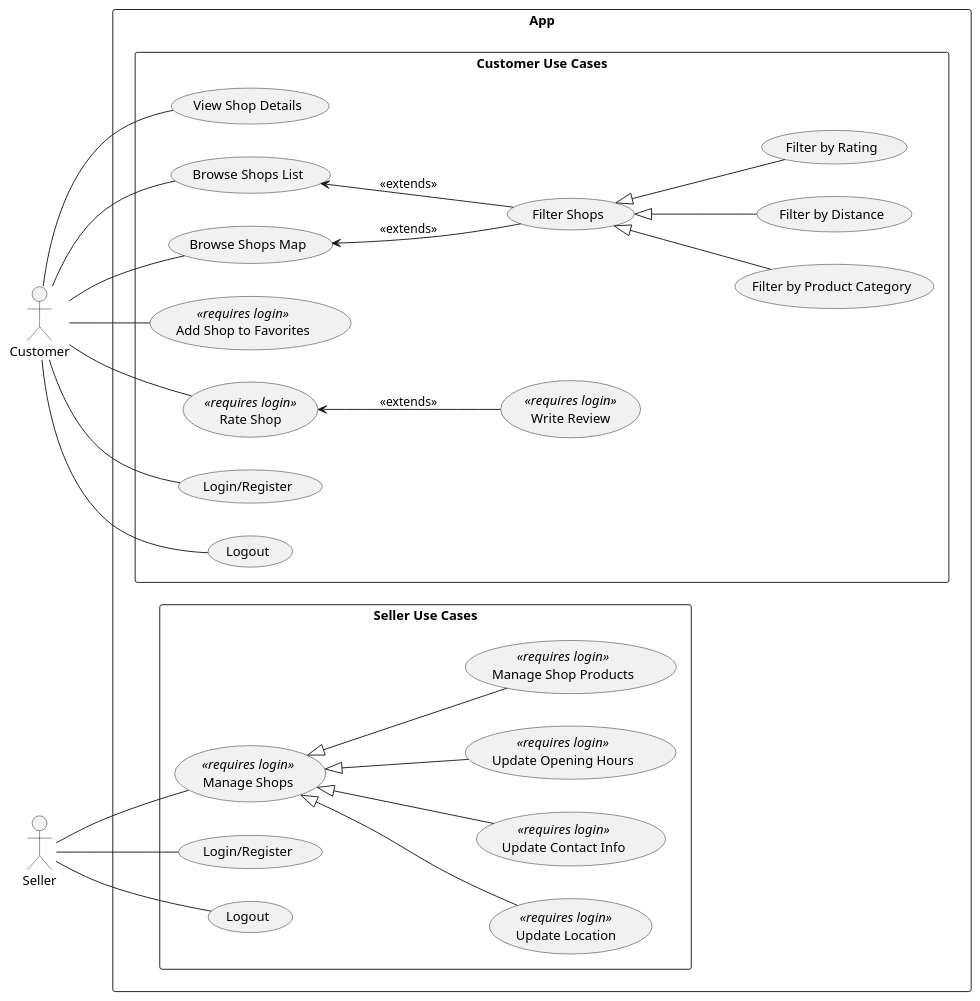
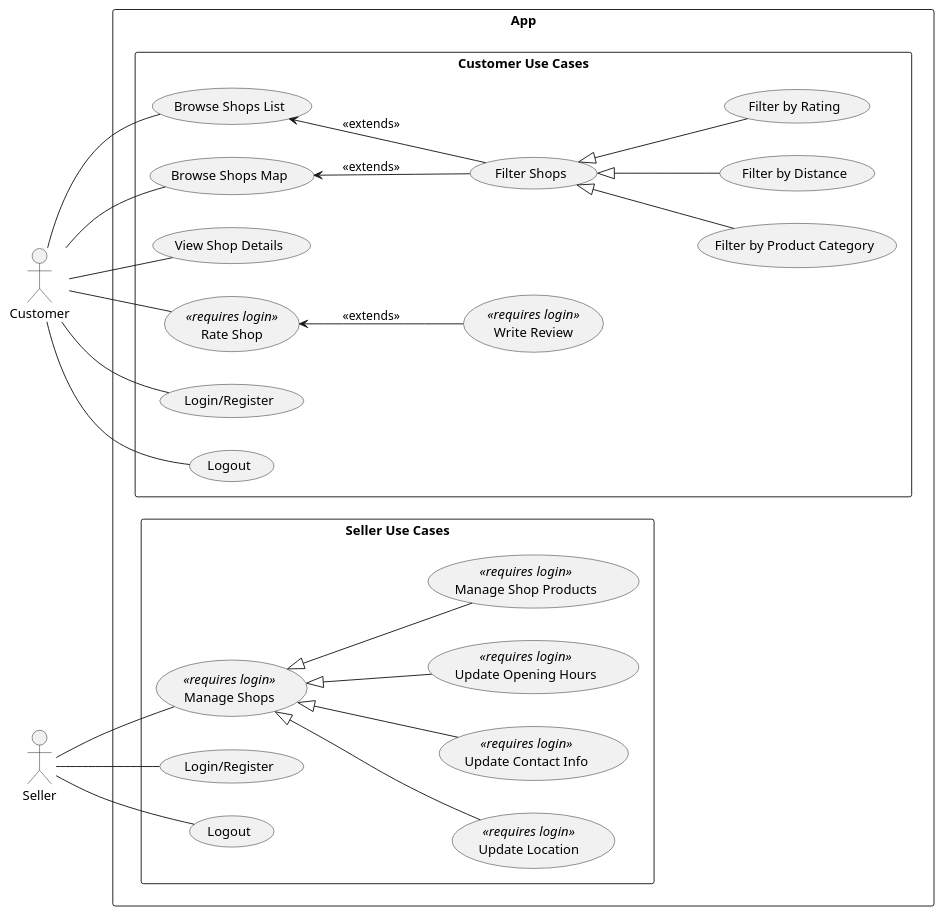
The diagram in docs/diagram/use_case_diagram.puml (tondracek/my-farmer), drawn with PlantUML before and after one commit.

Commit message:
fix: use_case_diagram.puml

```diff
--- a/docs/diagram/use_case_diagram.puml
+++ b/docs/diagram/use_case_diagram.puml
@@ -1,72 +1,70 @@
 @startuml
 
 skinparam backgroundColor #FFFFFF
 left to right direction
 
 actor "Customer" as Customer
 actor "Seller" as Seller
 
 rectangle "App" {
 
   rectangle "Customer Use Cases" {
-    usecase "View Shop Details" as ViewShopDetails
 
     usecase "Browse Shops List" as BrowseShopsList
     usecase "Browse Shops Map" as BrowseShopsMap
+    usecase "View Shop Details" as ViewShopDetails
 
     usecase "Filter Shops" as FilterShops
 
     usecase "Filter by Product Category" as FilterByCategory
     usecase "Filter by Distance" as FilterByDistance
     usecase "Filter by Rating" as FilterByRating
 
-    usecase "Add Shop to Favorites" as AddShopToFavorites <<requires login>>
     usecase "Rate Shop" as RateShop <<requires login>>
     usecase "Write Review" as WriteReview <<requires login>>
 
-    Customer -- ViewShopDetails
     Customer -- BrowseShopsList
     Customer -- BrowseShopsMap
 
     BrowseShopsList <-- FilterShops : <<extends>>
     BrowseShopsMap <-- FilterShops : <<extends>>
 
     FilterShops <|-- FilterByCategory
     FilterShops <|-- FilterByDistance
     FilterShops <|-- FilterByRating
 
-    Customer -- AddShopToFavorites
+    Customer -- ViewShopDetails
     Customer -- RateShop
     RateShop <-- WriteReview : <<extends>>
 
     usecase "Login/Register" as LoginRegisterCustomer
     usecase "Logout" as LogoutCustomer
 
     Customer -- LoginRegisterCustomer
     Customer -- LogoutCustomer
   }
 
   rectangle "Seller Use Cases" {
     usecase "Manage Shops" as ManageShops <<requires login>>
 
     usecase "Update Location" as UpdateLocation <<requires login>>
     usecase "Update Contact Info" as UpdateContactInfo <<requires login>>
     usecase "Update Opening Hours" as UpdateOpeningHours <<requires login>>
     usecase "Manage Shop Products" as ManageShopProducts <<requires login>>
 
     Seller -- ManageShops
 
     ManageShops <|-- UpdateLocation
     ManageShops <|-- UpdateContactInfo
     ManageShops <|-- UpdateOpeningHours
     ManageShops <|-- ManageShopProducts
 
     usecase "Login/Register" as LoginRegisterSeller
     usecase "Logout" as LogoutSeller
 
     Seller -- LoginRegisterSeller
     Seller -- LogoutSeller
   }
 }
 
 @enduml
```
